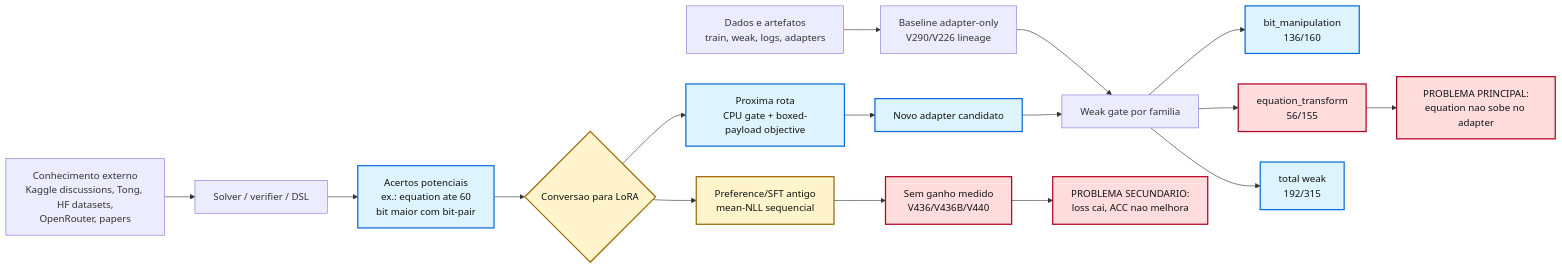
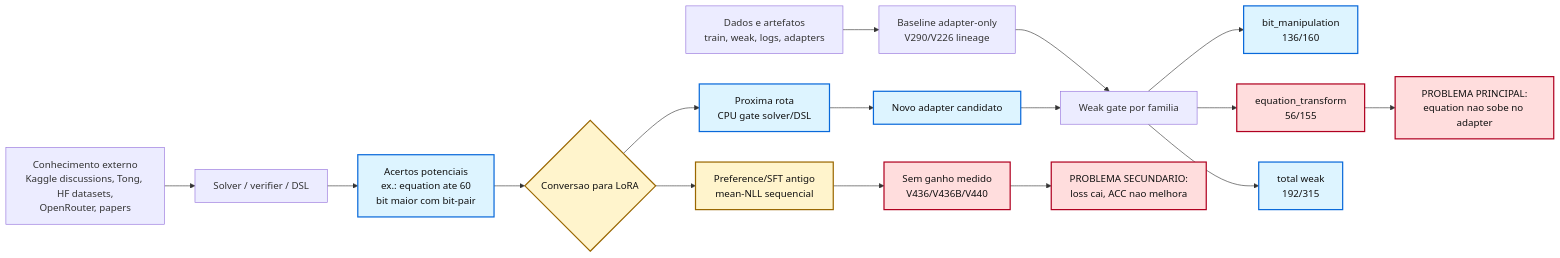
The first of 2 diagrams in artifacts/roadmaps/KG1_PROBLEM_MAP_2026_05_15.md (FELIPEACASTRO/KG1-NVIDIA), drawn with Mermaid before and after one commit. The commit also changed other lines of this file and 2 other files, not shown here.

Commit message:
Record V441 boxed payload smoke result

````diff
--- a/artifacts/roadmaps/KG1_PROBLEM_MAP_2026_05_15.md
+++ b/artifacts/roadmaps/KG1_PROBLEM_MAP_2026_05_15.md
@@ -43,29 +45,29 @@
 ```mermaid
 flowchart LR
   A[Dados e artefatos\ntrain, weak, logs, adapters] --> B[Baseline adapter-only\nV290/V226 lineage]
   B --> C[Weak gate por familia]
   C --> C1[bit_manipulation\n136/160]
   C --> C2[equation_transform\n56/155]
   C --> C3[total weak\n192/315]
 
   D[Conhecimento externo\nKaggle discussions, Tong, HF datasets,\nOpenRouter, papers] --> E[Solver / verifier / DSL]
   E --> F[Acertos potenciais\nex.: equation ate 60\nbit maior com bit-pair]
 
   F --> G{Conversao para LoRA}
   G --> H[Preference/SFT antigo\nmean-NLL sequencial]
   H --> I[Sem ganho medido\nV436/V436B/V440]
 
-  G --> J[Proxima rota\nCPU gate + boxed-payload objective]
+  G --> J[Proxima rota\nCPU gate solver/DSL]
   J --> K[Novo adapter candidato]
   K --> C
 
   C2 --> P[PROBLEMA PRINCIPAL:\nequation nao sobe no adapter]
   I --> Q[PROBLEMA SECUNDARIO:\nloss cai, ACC nao melhora]
 
   classDef ok fill:#ddf4ff,stroke:#0969da,stroke-width:2px,color:#111;
   classDef warn fill:#fff4cc,stroke:#9a6700,stroke-width:2px,color:#111;
   classDef bad fill:#ffdddd,stroke:#b00020,stroke-width:2px,color:#111;
   class C1,C3,F,J,K ok;
   class G,H warn;
   class C2,I,P,Q bad;
 ```
````
